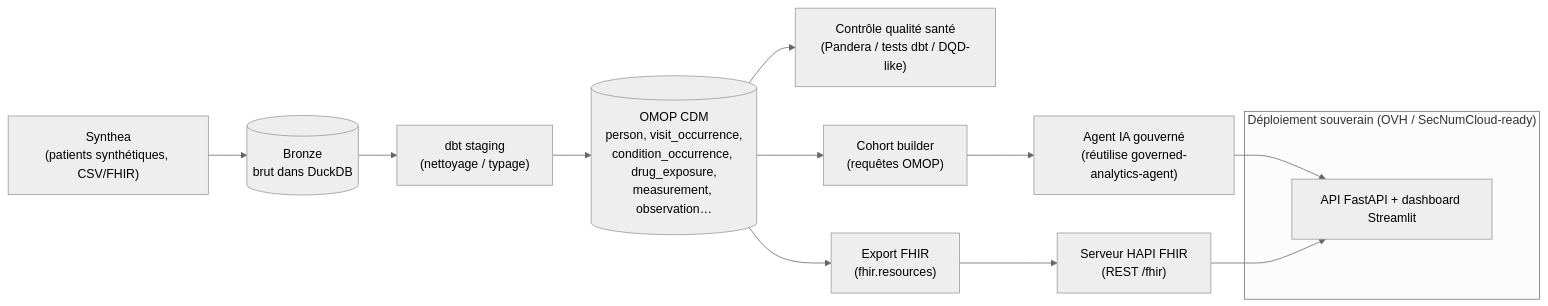
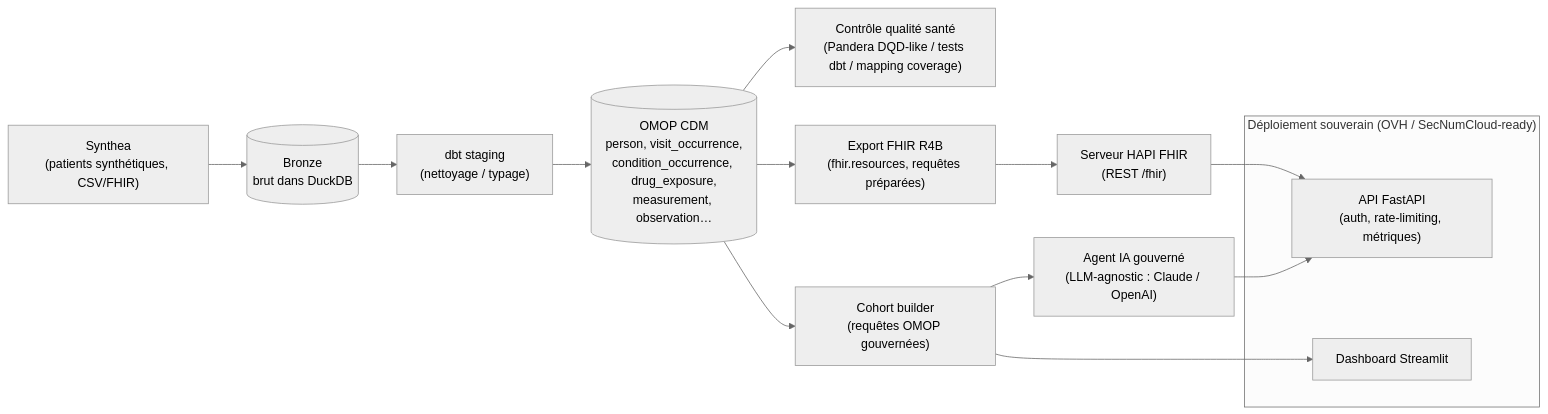
One commit to behramkorkut/synthea-to-omop-fhir changed the diagram in docs/architecture.md. Above: the diagram before and after it, drawn with Mermaid (neutral theme). The commit also changed other lines of this file and 10 other files, not shown here.

Commit message:
docs: refresh README and architecture.md with production-ready 8-step upgrade

````diff
--- a/docs/architecture.md
+++ b/docs/architecture.md
@@ -14,17 +16,19 @@
 ```mermaid
 flowchart LR
     SYN["Synthea<br/>(patients synthétiques, CSV/FHIR)"] --> BRONZE[("Bronze<br/>brut dans DuckDB")]
     BRONZE --> STG["dbt staging<br/>(nettoyage / typage)"]
     STG --> OMOP[("OMOP CDM<br/>person, visit_occurrence,<br/>condition_occurrence, drug_exposure,<br/>measurement, observation…")]
-    OMOP --> DQ["Contrôle qualité santé<br/>(Pandera / tests dbt / DQD-like)"]
-    OMOP --> COHORT["Cohort builder<br/>(requêtes OMOP)"]
-    OMOP --> FHIREXP["Export FHIR<br/>(fhir.resources)"]
+    OMOP --> DQ["Contrôle qualité santé<br/>(Pandera DQD-like / tests dbt / mapping coverage)"]
+    OMOP --> COHORT["Cohort builder<br/>(requêtes OMOP gouvernées)"]
+    OMOP --> FHIREXP["Export FHIR R4B<br/>(fhir.resources, requêtes préparées)"]
     FHIREXP --> HAPI["Serveur HAPI FHIR<br/>(REST /fhir)"]
-    COHORT --> AGENT["Agent IA gouverné<br/>(réutilise governed-analytics-agent)"]
-    AGENT --> API["API FastAPI + dashboard Streamlit"]
+    COHORT --> AGENT["Agent IA gouverné<br/>(LLM-agnostic : Claude / OpenAI)"]
+    AGENT --> API["API FastAPI<br/>(auth, rate-limiting, métriques)"]
+    COHORT --> DASH["Dashboard Streamlit"]
     HAPI --> API
 
     subgraph SOV["Déploiement souverain (OVH / SecNumCloud-ready)"]
         API
+        DASH
     end
 ```
````
